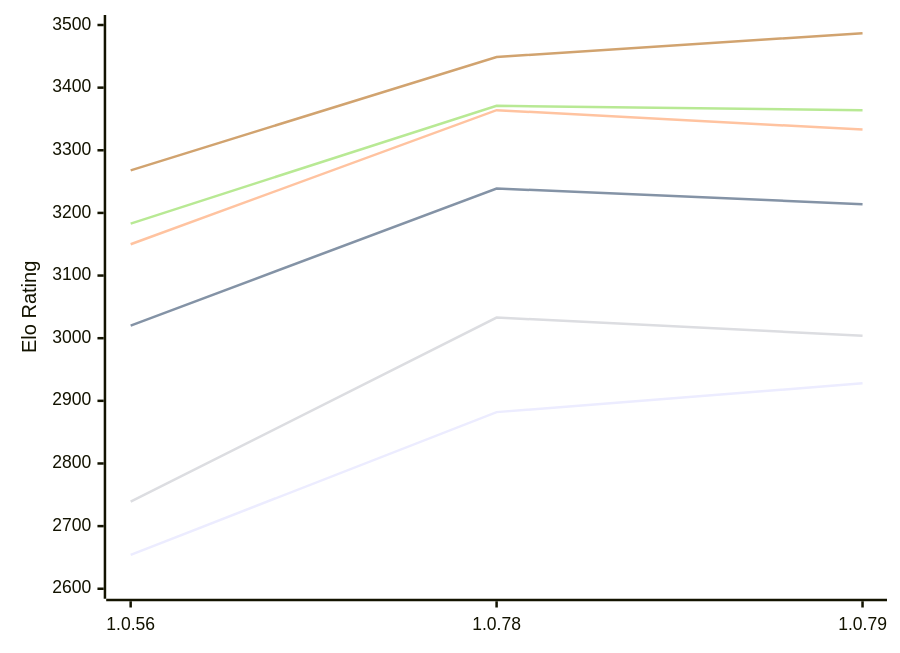
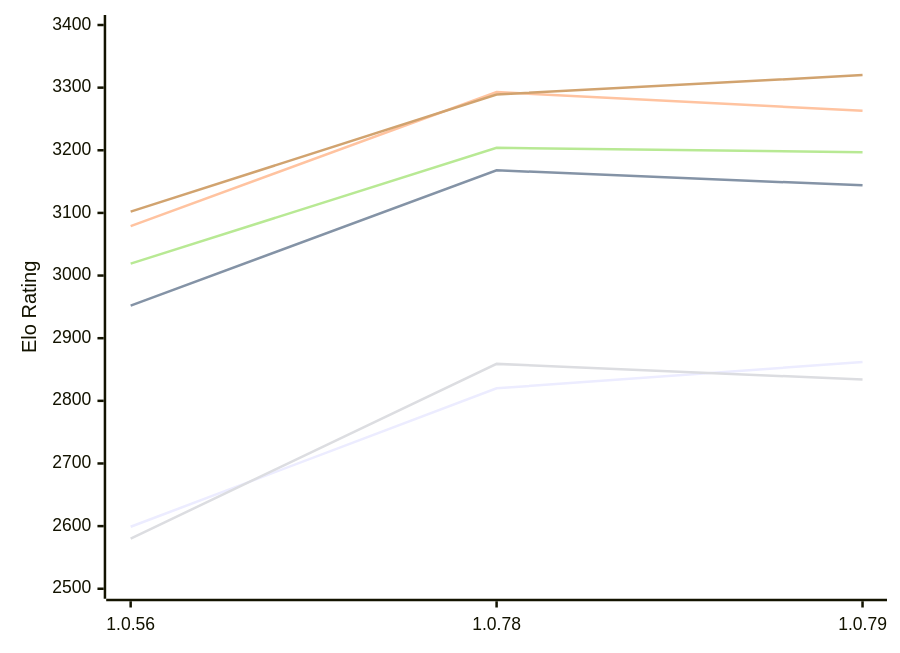
One commit to computer-chess-index/cci changed the first of 2 diagrams in engines/RustyRival.md. Above: the diagram before and after it, drawn with Mermaid. The commit also changed other lines of this file, not shown here.

Commit message:
Update CCI Ratings (ELO VLTC) - 2026-11-13

````diff
--- a/engines/RustyRival.md
+++ b/engines/RustyRival.md
@@ -65,12 +65,12 @@
 ```mermaid
 %%{init: {"theme":"base","themeVariables":{"seriesColors:['#a3a3a3','#222221','#faa371']}}}%%
 xychart-beta
   x-axis ["1.0.56", "1.0.78", "1.0.79"]
-  y-axis "Elo Rating" 2600 --> 3500
-  line "E1: STC (8.0+0.08s)" [2654, 2882, 2928]
-  line "E1: LTC (60.0+0.60s)" [3020, 3239, 3214]
-  line "E1: VLTC (2m24s+1.12s)" [3150, 3364, 3333]
-  line "P1: STC (8.0+0.08s)" [2739, 3033, 3004]
-  line "P1: LTC (60.0+0.60s)" [3183, 3371, 3364]
-  line "P1: VLTC (2m24s+1.12s)" [3268, 3449, 3487]
+  y-axis "Elo Rating" 2500 --> 3400
+  line "E1: STC (8.0+0.08s)" [2599, 2820, 2862]
+  line "E1: LTC (60.0+0.60s)" [2952, 3168, 3144]
+  line "E1: VLTC (2m24s+1.12s)" [3079, 3293, 3263]
+  line "P1: STC (8.0+0.08s)" [2580, 2859, 2834]
+  line "P1: LTC (60.0+0.60s)" [3019, 3204, 3197]
+  line "P1: VLTC (2m24s+1.12s)" [3102, 3289, 3320]
 ```
````
